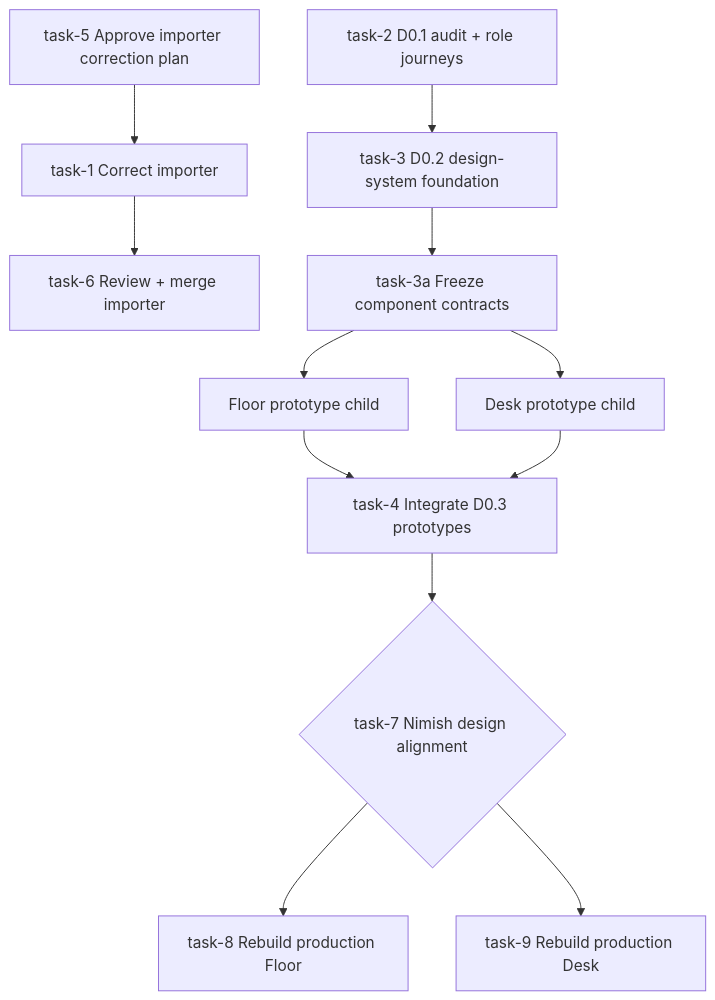
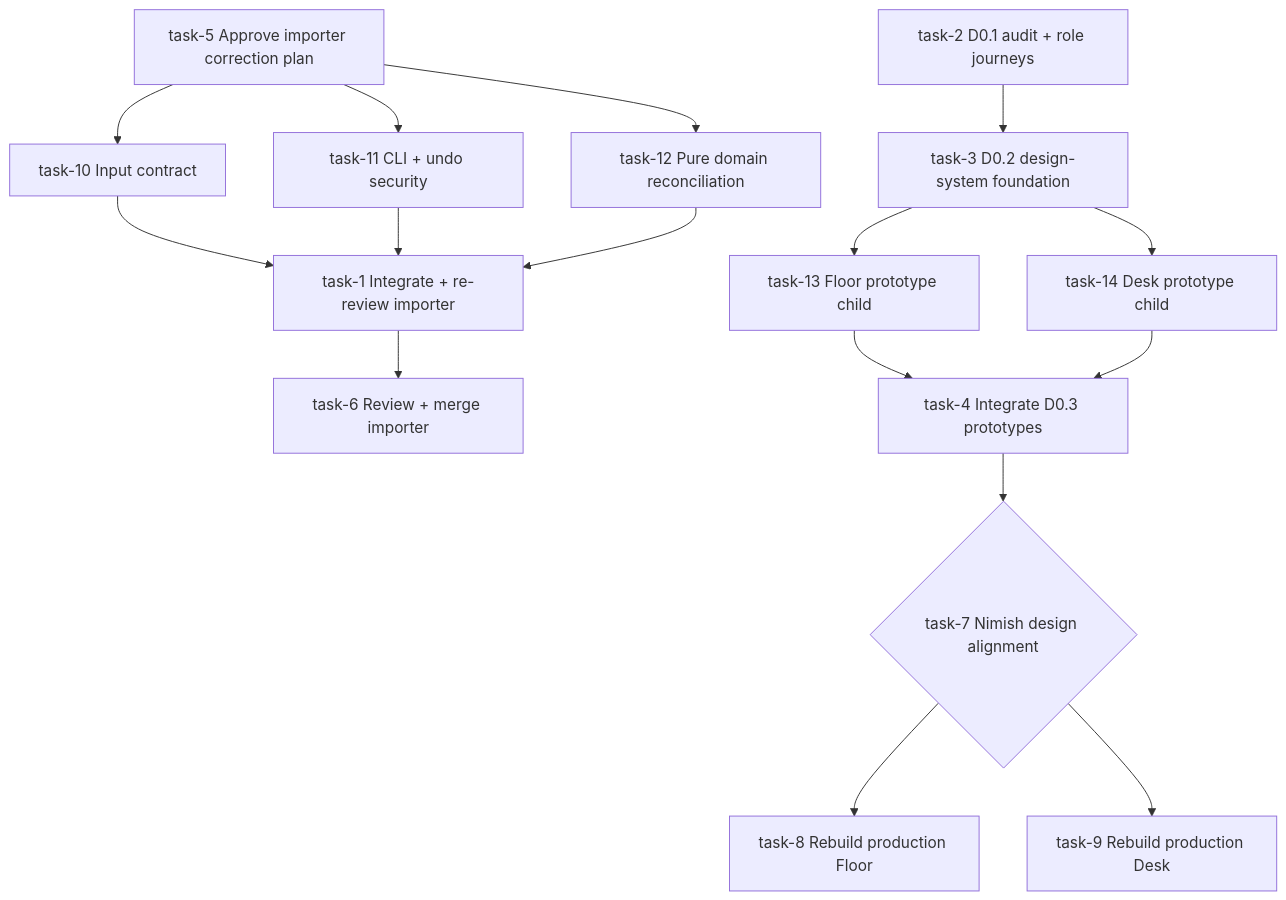
Before and after one commit to nimishshah1989/argus: the diagram in docs/plan/EXECUTION.md, drawn with Mermaid. The commit also changed other lines of this file, not shown here.

Commit message:
docs: fan out importer and prototype tasks

````diff
--- a/docs/plan/EXECUTION.md
+++ b/docs/plan/EXECUTION.md
@@ -20,15 +20,19 @@
 ```mermaid
 flowchart TD
-  P[task-5 Approve importer correction plan] --> I[task-1 Correct importer]
+  P[task-5 Approve importer correction plan] --> V[task-10 Input contract]
+  P --> U[task-11 CLI + undo security]
+  P --> C[task-12 Pure domain reconciliation]
+  V --> I[task-1 Integrate + re-review importer]
+  U --> I
+  C --> I
   I --> M[task-6 Review + merge importer]
 
   A[task-2 D0.1 audit + role journeys] --> S[task-3 D0.2 design-system foundation]
-  S --> R[task-3a Freeze component contracts]
-  R --> FP[Floor prototype child]
-  R --> DP[Desk prototype child]
+  S --> FP[task-13 Floor prototype child]
+  S --> DP[task-14 Desk prototype child]
   FP --> D[task-4 Integrate D0.3 prototypes]
   DP --> D
   D --> G{task-7 Nimish design alignment}
   G --> F[task-8 Rebuild production Floor]
   G --> K[task-9 Rebuild production Desk]
 ```
````
